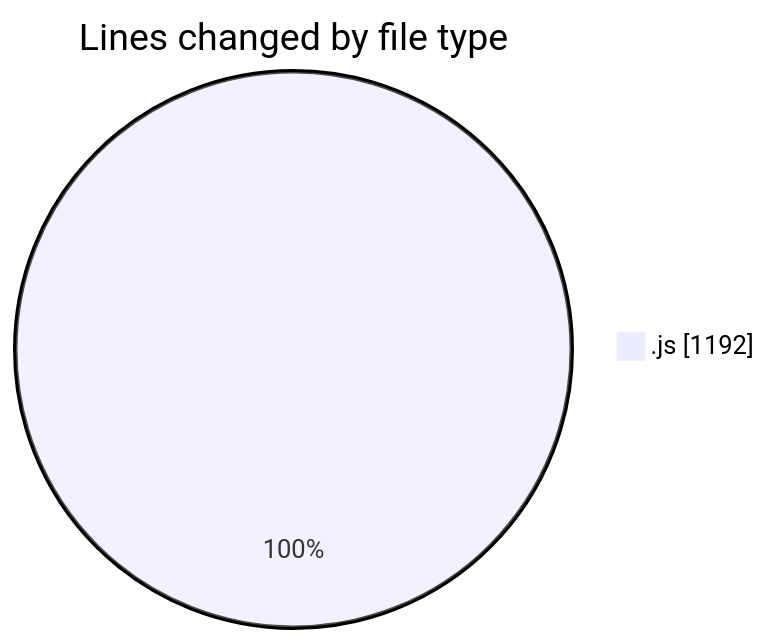
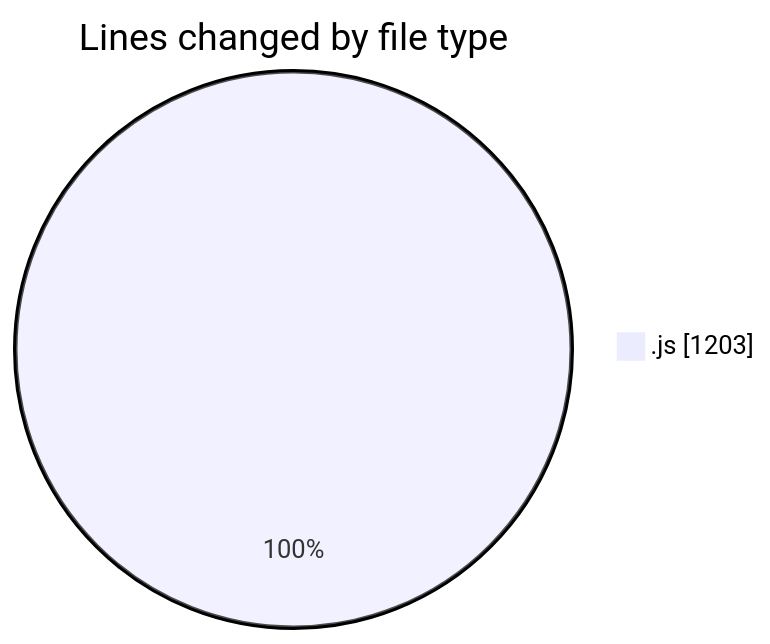
Before and after one commit to Ritupan-Deka/code-tracking: the first of 2 diagrams in 2025-08-05/javascript/README.md, drawn with Mermaid. The commit also changed other lines of this file and 1 other file, not shown here.

````diff
--- a/2025-08-05/javascript/README.md
+++ b/2025-08-05/javascript/README.md
@@ -22,5 +22,5 @@
 ```mermaid
 pie showData
 title Lines changed by file type
-".js" : 1192
+".js" : 1203
 ```
````
